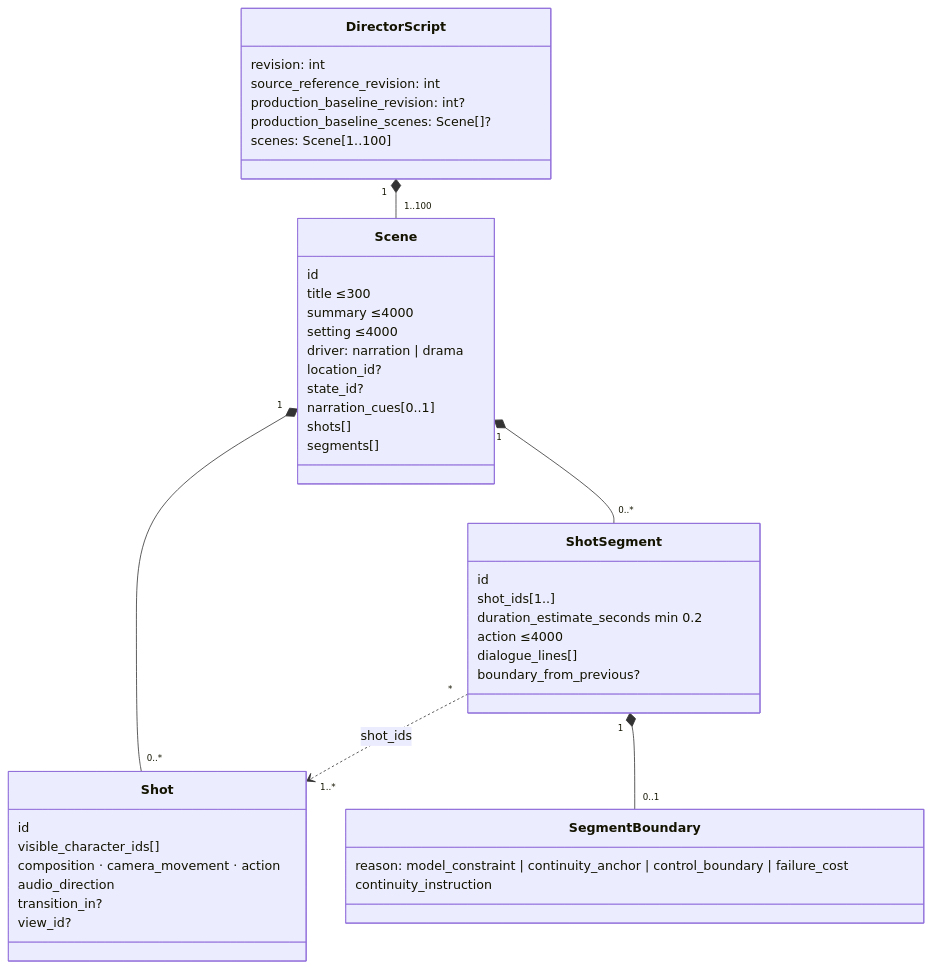
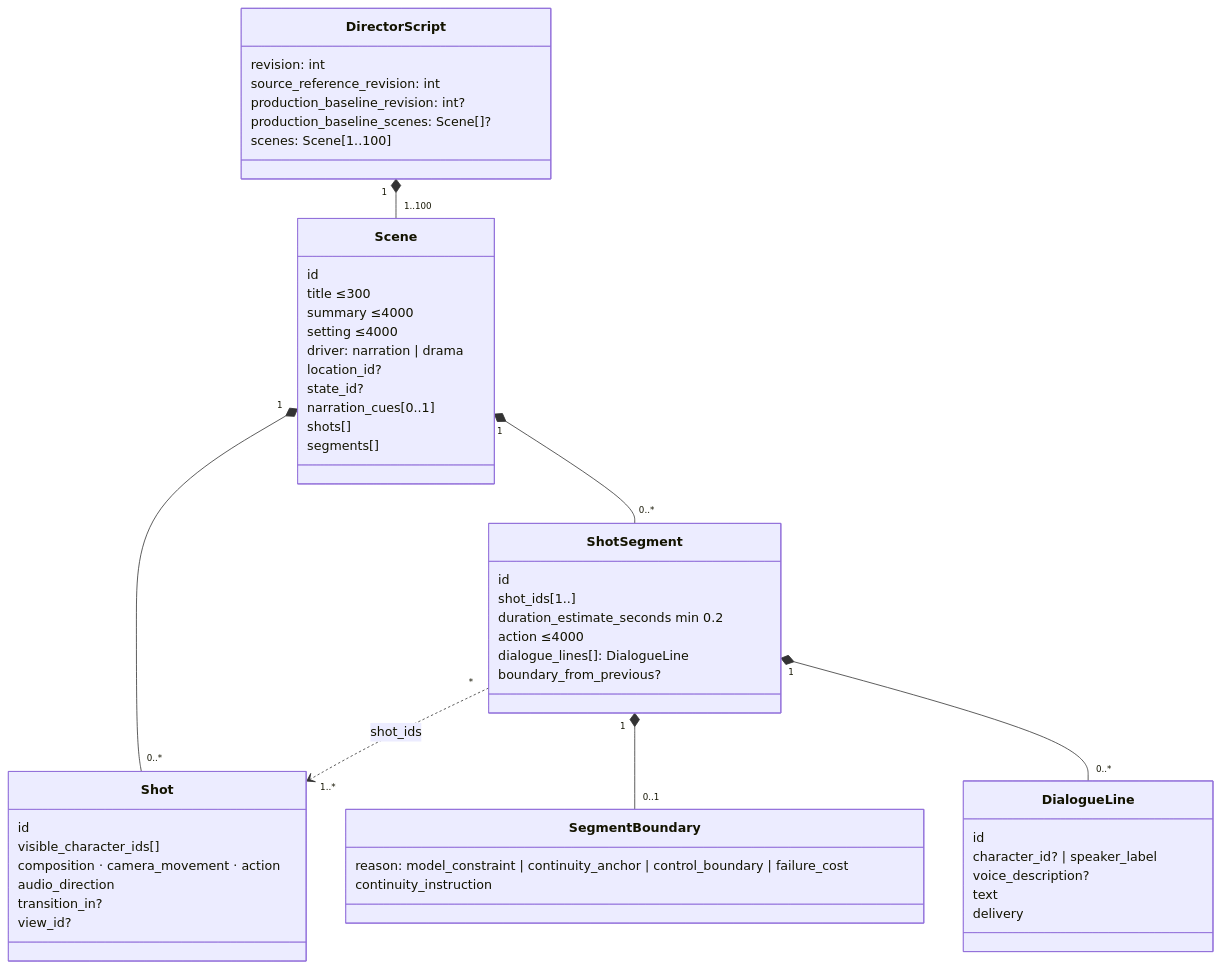
Before and after one commit to LJXLJXLJX/StoryRail: the third of 7 diagrams in docs/data-model.md, drawn with Mermaid. The commit also changed other lines of this file and 93 other files, not shown here.

````diff
--- a/docs/data-model.md
+++ b/docs/data-model.md
@@ -128,47 +130,55 @@
 ```mermaid
 classDiagram
     class DirectorScript {
       revision: int
       source_reference_revision: int
       production_baseline_revision: int?
       production_baseline_scenes: Scene[]?
       scenes: Scene[1..100]
     }
     class Scene {
       id
       title ≤300
       summary ≤4000
       setting ≤4000
       driver: narration | drama
       location_id?
       state_id?
       narration_cues[0..1]
       shots[]
       segments[]
     }
     class Shot {
       id
       visible_character_ids[]
       composition · camera_movement · action
       audio_direction
       transition_in?
       view_id?
     }
     class ShotSegment {
       id
       shot_ids[1..]
       duration_estimate_seconds min 0.2
       action ≤4000
-      dialogue_lines[]
+      dialogue_lines[]: DialogueLine
       boundary_from_previous?
     }
     class SegmentBoundary {
       reason: model_constraint | continuity_anchor | control_boundary | failure_cost
       continuity_instruction
     }
+    class DialogueLine {
+      id
+      character_id? | speaker_label
+      voice_description?
+      text
+      delivery
+    }
     DirectorScript "1" *-- "1..100" Scene
     Scene "1" *-- "0..*" Shot
     Scene "1" *-- "0..*" ShotSegment
     ShotSegment "*" ..> "1..*" Shot : shot_ids
     ShotSegment "1" *-- "0..1" SegmentBoundary
+    ShotSegment "1" *-- "0..*" DialogueLine
 ```
````
